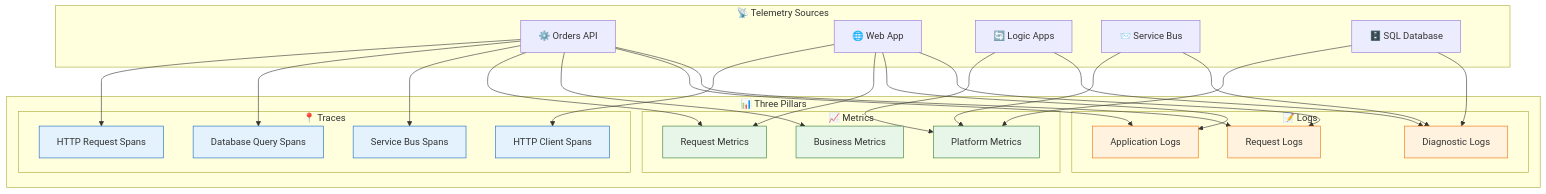
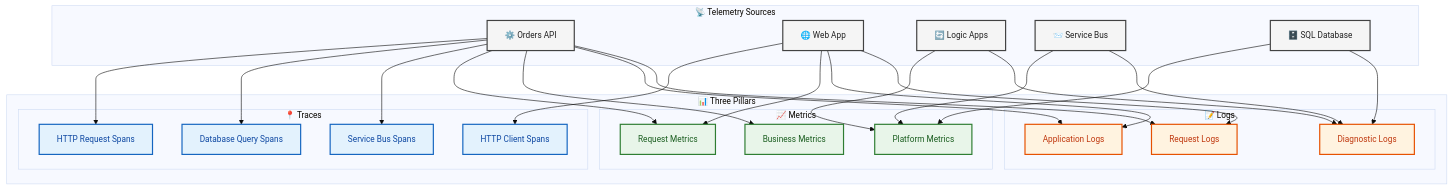
The fifth of 6 diagrams in docs/architecture/02-data-architecture.md (Evilazaro/Azure-LogicApps-Monitoring), drawn with Mermaid before and after one commit. The commit also changed other lines of this file, not shown here.

Commit message:
Enhance data architecture documentation with improved Mermaid diagram styles and accessibility features

````diff
--- a/docs/architecture/02-data-architecture.md
+++ b/docs/architecture/02-data-architecture.md
@@ -246,45 +256,49 @@
 ```mermaid
+%%{init: {'theme': 'base', 'themeVariables': { 'fontSize': '14px'}}}%%
 flowchart TB
     subgraph Sources["📡 Telemetry Sources"]
         API["⚙️ Orders API"]
         Web["🌐 Web App"]
         LA["🔄 Logic Apps"]
         SB["📨 Service Bus"]
         SQL["🗄️ SQL Database"]
     end
 
     subgraph Pillars["📊 Three Pillars"]
         subgraph Traces["📍 Traces"]
             T1["HTTP Request Spans"]
             T2["Database Query Spans"]
             T3["Service Bus Spans"]
             T4["HTTP Client Spans"]
         end
         
         subgraph Metrics["📈 Metrics"]
             M1["Request Metrics"]
             M2["Business Metrics"]
             M3["Platform Metrics"]
         end
         
         subgraph Logs["📝 Logs"]
             L1["Application Logs"]
             L2["Request Logs"]
             L3["Diagnostic Logs"]
         end
     end
 
     API --> T1 & T2 & T3 & M1 & M2 & L1 & L2
     Web --> T4 & M1 & L1 & L2
     LA --> M3 & L3
     SB --> M3 & L3
     SQL --> M3 & L3
 
-    classDef trace fill:#e3f2fd,stroke:#1565c0
-    classDef metric fill:#e8f5e9,stroke:#2e7d32
-    classDef log fill:#fff3e0,stroke:#ef6c00
+    %% Accessible color palette for three pillars
+    classDef trace fill:#e3f2fd,stroke:#1565c0,stroke-width:2px,color:#0d47a1
+    classDef metric fill:#e8f5e9,stroke:#2e7d32,stroke-width:2px,color:#1b5e20
+    classDef log fill:#fff3e0,stroke:#e65100,stroke-width:2px,color:#bf360c
+    classDef source fill:#f5f5f5,stroke:#424242,stroke-width:2px,color:#212121
 
     class T1,T2,T3,T4 trace
     class M1,M2,M3 metric
     class L1,L2,L3 log
+    class API,Web,LA,SB,SQL source
 ```
````
